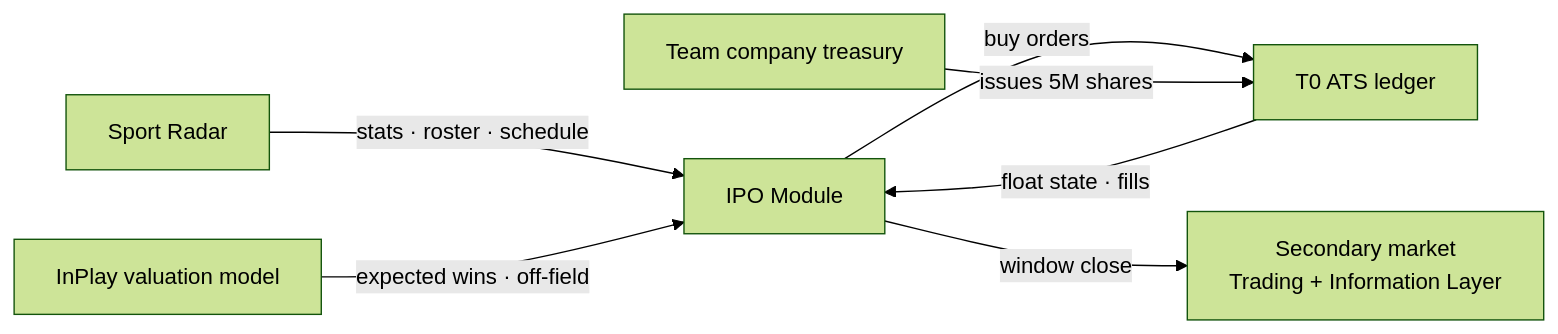
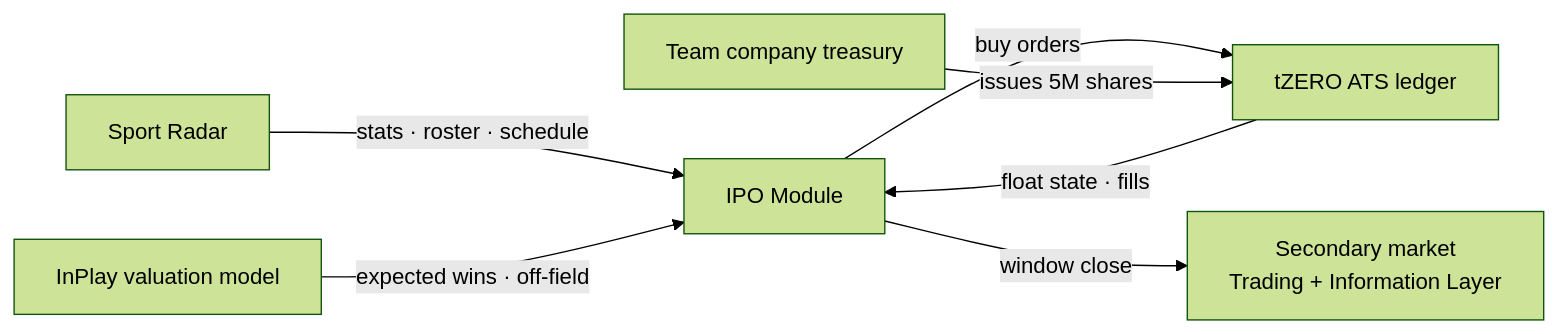
Before and after one commit to Novosapien/inplay-vault: the second of 3 diagrams in vault/components/ipo-module/ipo-module.md, drawn with Mermaid (forest theme). The commit also changed other lines of this file and 94 other files, not shown here.

````diff
--- a/vault/components/ipo-module/ipo-module.md
+++ b/vault/components/ipo-module/ipo-module.md
@@ -157,9 +157,9 @@
 ```mermaid
 graph LR
     SR[Sport Radar] -->|stats · roster · schedule| APP[IPO Module]
     MODEL[InPlay valuation model] -->|expected wins · off-field| APP
-    APP -->|buy orders| T0[T0 ATS ledger]
-    TREAS[Team company treasury] -->|issues 5M shares| T0
-    T0 -->|float state · fills| APP
+    APP -->|buy orders| tZERO[tZERO ATS ledger]
+    TREAS[Team company treasury] -->|issues 5M shares| tZERO
+    tZERO -->|float state · fills| APP
     APP -->|window close| SEC[Secondary market<br/>Trading + Information Layer]
 ```
````
